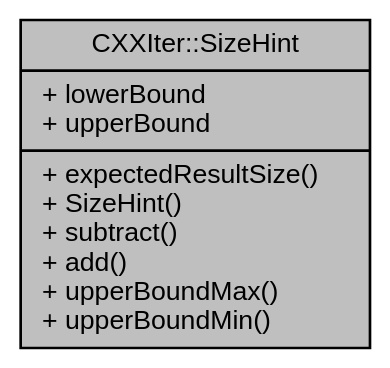
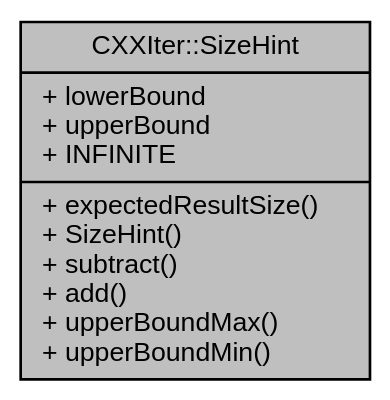
One commit to seijikun/CXXIter changed the diagram in structCXXIter_1_1SizeHint__coll__graph.dot. Above: the diagram before and after it, drawn with Graphviz. The commit also changed 20 other files, not shown here.

```diff
--- a/structCXXIter_1_1SizeHint__coll__graph.dot
+++ b/structCXXIter_1_1SizeHint__coll__graph.dot
@@ -1,9 +1,9 @@
 digraph "CXXIter::SizeHint"
 {
  // INTERACTIVE_SVG=YES
  // LATEX_PDF_SIZE
   bgcolor="transparent";
   edge [fontname="Helvetica",fontsize="10",labelfontname="Helvetica",labelfontsize="10"];
   node [fontname="Helvetica",fontsize="10",shape=record];
-  Node1 [label="{CXXIter::SizeHint\n|+ lowerBound\l+ upperBound\l|+ expectedResultSize()\l+ SizeHint()\l+ subtract()\l+ add()\l+ upperBoundMax()\l+ upperBoundMin()\l}",height=0.2,width=0.4,color="black", fillcolor="grey75", style="filled", fontcolor="black",tooltip="Structure holding the bounds of a CXXIter iterator's estimated length."];
+  Node1 [label="{CXXIter::SizeHint\n|+ lowerBound\l+ upperBound\l+ INFINITE\l|+ expectedResultSize()\l+ SizeHint()\l+ subtract()\l+ add()\l+ upperBoundMax()\l+ upperBoundMin()\l}",height=0.2,width=0.4,color="black", fillcolor="grey75", style="filled", fontcolor="black",tooltip="Structure holding the bounds of a CXXIter iterator's estimated length."];
 }
```
